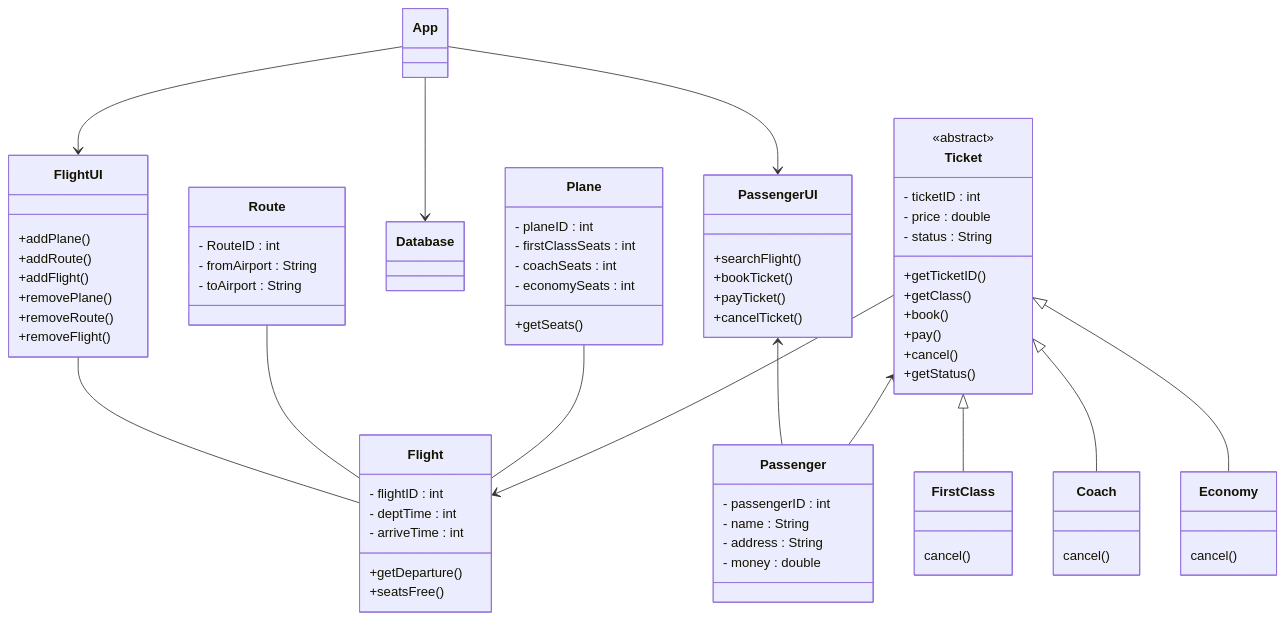
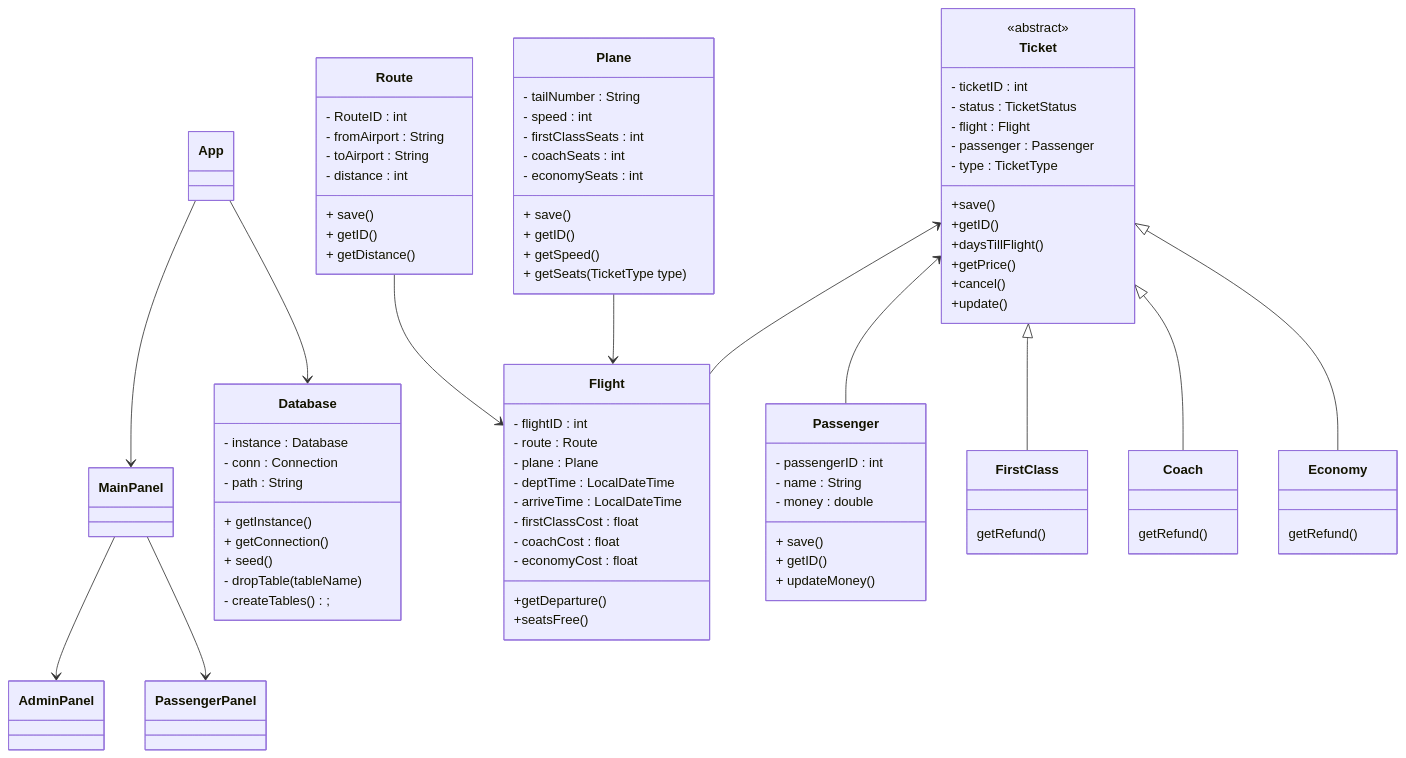
One commit to CaptainCaswell/COMP371-GroupProject changed the diagram in Class Diagram.md. Above: the diagram before and after it, drawn with Mermaid. The commit also changed 14 other files, not shown here.

````diff
--- a/Class Diagram.md
+++ b/Class Diagram.md
@@ -3,18 +3,16 @@
 ```mermaid
 classDiagram
-    App  -->  FlightUI
-    FlightUI  --  Flight
-
-    App --> PassengerUI
-    PassengerUI <-- Passenger
-
+    App  -->  MainPanel
     App --> Database
 
-    Route -- Flight
-    Plane -- Flight
+    MainPanel --> AdminPanel
+    MainPanel --> PassengerPanel
+
+    Route --> Flight
+    Plane --> Flight
 
     Ticket <-- Passenger
-    Ticket --> Flight
+    Ticket <-- Flight
 
     Ticket <|-- FirstClass
     Ticket <|-- Coach
@@ -24,54 +22,75 @@
 
     }
 
-    class FlightUI {
-        +addPlane()
-        +addRoute()
-        +addFlight()
-        +removePlane()
-        +removeRoute()
-        +removeFlight()
+    class Database {
+        - instance : Database
+        - conn : Connection
+        - path : String
+        + getInstance()
+        + getConnection()
+        + seed()
+        - dropTable( tableName )
+        - createTables();
+
     }
 
-    class PassengerUI {
-        +searchFlight()
-        +bookTicket()
-        +payTicket()
-        +cancelTicket()
+    class MainPanel {
+    
+    }
+
+    class AdminPanel {
+
+    }
+
+    class PassengerPanel {
+
     }
 
     class Passenger {
         - passengerID : int
         - name : String
-        - address : String
         - money : double
+        + save()
+        + getID()
+        + updateMoney()
     }
 
     class Plane {
-        - planeID : int
+        - tailNumber : String
+        - speed : int
         - firstClassSeats : int
         - coachSeats : int
         - economySeats : int
-        +getSeats()
+        + save()
+        + getID()
+        + getSpeed()
+        + getSeats( TicketType type )
     }
 
     class Ticket {
         <<abstract>>
         - ticketID : int
-        - price : double
-        - status : String
-        +getTicketID()
-        +getClass()
-        +book()
-        +pay()
+        - status : TicketStatus
+        - flight : Flight
+        - passenger : Passenger
+        - type : TicketType
+        +save()
+        +getID()
+        +daysTillFlight()
+        +getPrice()
         +cancel()
-        +getStatus()
+        +update()
     }
 
     class Flight {
         - flightID : int
-        - deptTime : int
-        - arriveTime : int
+        - route : Route
+        - plane : Plane
+        - deptTime : LocalDateTime
+        - arriveTime : LocalDateTime
+        - firstClassCost : float
+        - coachCost : float
+        - economyCost : float
         +getDeparture()
         +seatsFree()
     }
@@ -80,18 +99,22 @@
         - RouteID : int
         - fromAirport : String
         - toAirport : String
+        - distance : int
+        + save()
+        + getID()
+        + getDistance()
     }
 
     class FirstClass {
-        cancel()
+        getRefund()
     }
 
     class Coach {
-        cancel()
+        getRefund()
     }
 
     class Economy {
-        cancel()
+        getRefund()
     }
 
 ```
````
